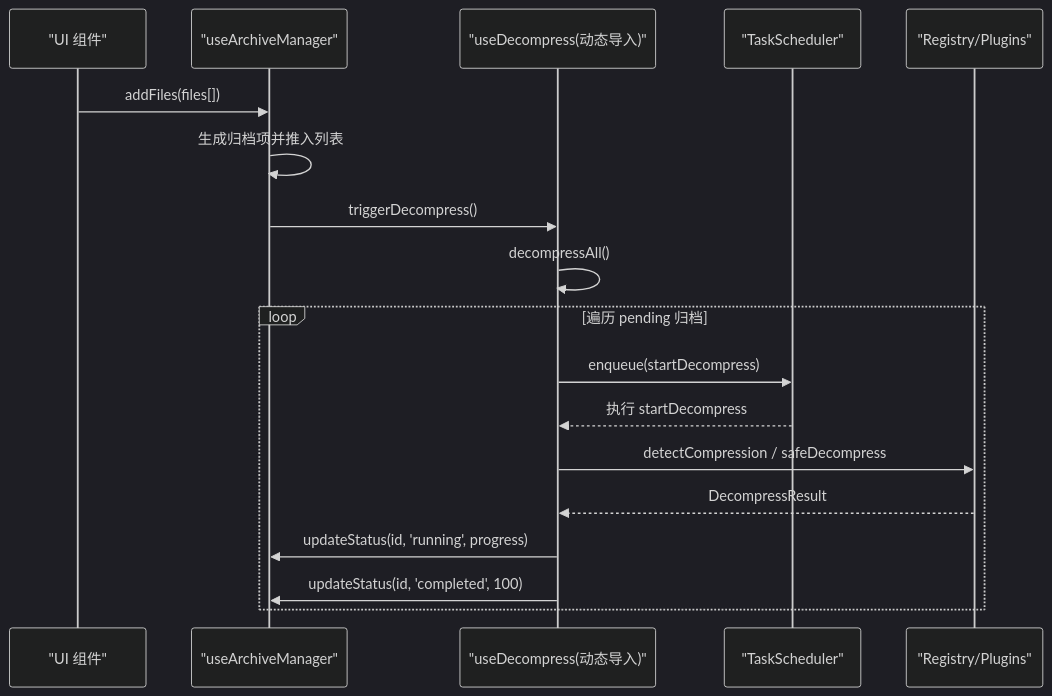
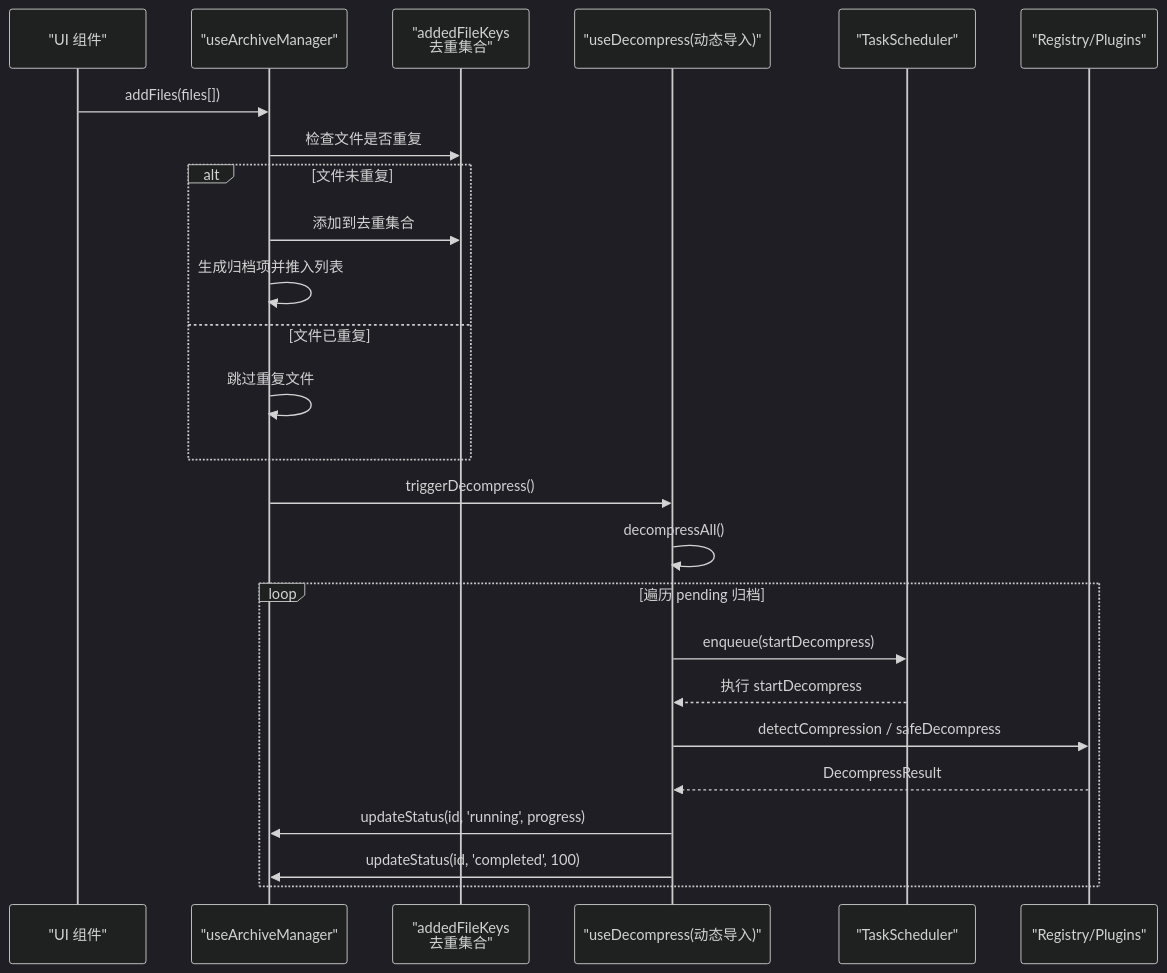
One commit to taoweidong/Hello-Tauri changed the second of 4 diagrams in .qoder/repowiki/zh/content/架构设计/数据流模式/组合式函数数据逻辑/归档管理组合函数.md. Above: the diagram before and after it, drawn with Mermaid (dark theme). The commit also changed other lines of this file and 72 other files, not shown here.

````diff
--- a/.qoder/repowiki/zh/content/架构设计/数据流模式/组合式函数数据逻辑/归档管理组合函数.md
+++ b/.qoder/repowiki/zh/content/架构设计/数据流模式/组合式函数数据逻辑/归档管理组合函数.md
@@ -72,20 +86,27 @@
 ```mermaid
 sequenceDiagram
 participant UI as "UI 组件"
 participant AM as "useArchiveManager"
+participant AFK as "addedFileKeys<br/>去重集合"
 participant DM as "useDecompress(动态导入)"
 participant TS as "TaskScheduler"
 participant RE as "Registry/Plugins"
 UI->>AM : addFiles(files[])
+AM->>AFK : 检查文件是否重复
+alt 文件未重复
+AM->>AFK : 添加到去重集合
 AM->>AM : 生成归档项并推入列表
+else 文件已重复
+AM->>AM : 跳过重复文件
+end
 AM->>DM : triggerDecompress()
 DM->>DM : decompressAll()
 loop 遍历 pending 归档
 DM->>TS : enqueue(startDecompress)
 TS-->>DM : 执行 startDecompress
 DM->>RE : detectCompression / safeDecompress
 RE-->>DM : DecompressResult
 DM->>AM : updateStatus(id, 'running', progress)
 DM->>AM : updateStatus(id, 'completed', 100)
 end
 ```
````
